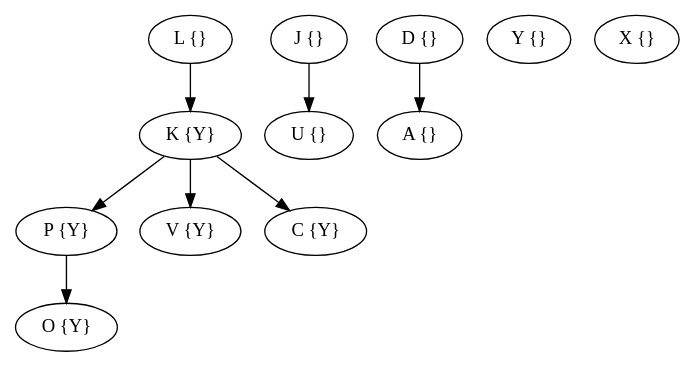
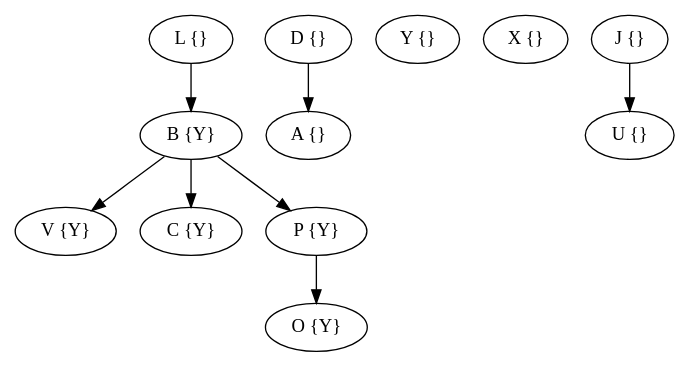
The diagram in output/grafo.dot (GiovA07/Pointer_Analysis), drawn with Graphviz before and after one commit. The commit also changed 9 other files, not shown here.

Commit message:
add new menu with graphs in ids from program sentences

```diff
--- a/output/grafo.dot
+++ b/output/grafo.dot
@@ -1,22 +1,22 @@
 digraph{
 rankdir=TB;
 O [label="O {Y}"];
-J [label="J {}"];
-U [label="U {}"];
 D [label="D {}"];
 A [label="A {}"];
-P [label="P {Y}"];
 V [label="V {Y}"];
 C [label="C {Y}"];
+Y [label="Y {}"];
+B [label="B {Y}"];
+X [label="X {}"];
 L [label="L {}"];
-Y [label="Y {}"];
-X [label="X {}"];
-K [label="K {Y}"];
+P [label="P {Y}"];
+U [label="U {}"];
+J [label="J {}"];
+D -> A;
+B -> V;
+B -> C;
+B -> P;
+L -> B;
+P -> O;
 J -> U;
-D -> A;
-P -> O;
-L -> K;
-K -> P;
-K -> V;
-K -> C;
 }
```
